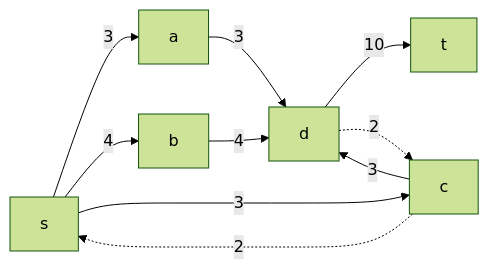
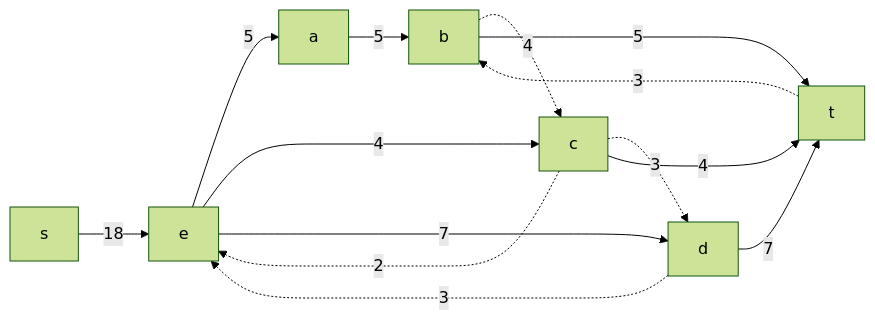
Before and after one commit to hse-algo-24-raven/manual-tasks-raven: the ninth of 14 diagrams in task-10/pustobek.md, drawn with Mermaid (forest theme). The commit also changed other lines of this file, not shown here.

````diff
--- a/task-10/pustobek.md
+++ b/task-10/pustobek.md
@@ -163,7 +185,16 @@
 ```mermaid
 graph LR
-    s-->|3|a-->|3|d-->|10|t
-    s-->|4|b-->|4|d
-    s-->|3|c-->|3|d
-    d-.->|2|c-.->|2|s
+    s-->|18|e
+    e-->|5|a
+    c-.->|2|e
+    e-->|4|c
+    d-.->|3|e
+    e-->|7|d
+    a-->|5|b
+    b-.->|4|c
+    c-.->|3|d
+    b-->|5|t
+    t-.->|3|b
+    c-->|4|t
+    d-->|7|t
 ```
````
